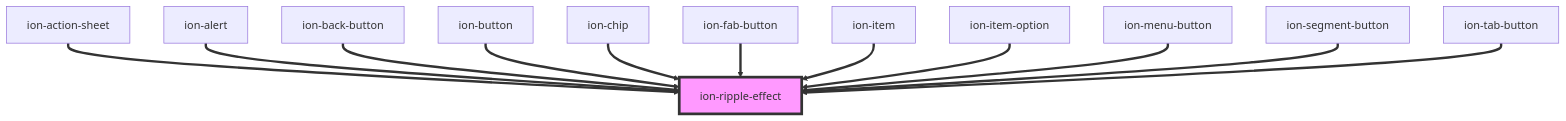
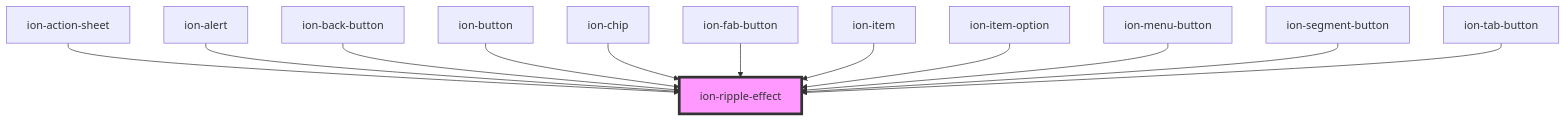
One commit to ionic-team/ionic-framework changed the diagram in core/src/components/ripple-effect/readme.md. Above: the diagram before and after it, drawn with Mermaid. The commit also changed other lines of this file and 39 other files, not shown here.

````diff
--- a/core/src/components/ripple-effect/readme.md
+++ b/core/src/components/ripple-effect/readme.md
@@ -51,15 +51,15 @@
 ```mermaid
 graph TD;
-  ion-action-sheet ==> ion-ripple-effect
-  ion-alert ==> ion-ripple-effect
-  ion-back-button ==> ion-ripple-effect
-  ion-button ==> ion-ripple-effect
-  ion-chip ==> ion-ripple-effect
-  ion-fab-button ==> ion-ripple-effect
-  ion-item ==> ion-ripple-effect
-  ion-item-option ==> ion-ripple-effect
-  ion-menu-button ==> ion-ripple-effect
-  ion-segment-button ==> ion-ripple-effect
-  ion-tab-button ==> ion-ripple-effect
+  ion-action-sheet --> ion-ripple-effect
+  ion-alert --> ion-ripple-effect
+  ion-back-button --> ion-ripple-effect
+  ion-button --> ion-ripple-effect
+  ion-chip --> ion-ripple-effect
+  ion-fab-button --> ion-ripple-effect
+  ion-item --> ion-ripple-effect
+  ion-item-option --> ion-ripple-effect
+  ion-menu-button --> ion-ripple-effect
+  ion-segment-button --> ion-ripple-effect
+  ion-tab-button --> ion-ripple-effect
   style ion-ripple-effect fill:#f9f,stroke:#333,stroke-width:4px
 ```
````
